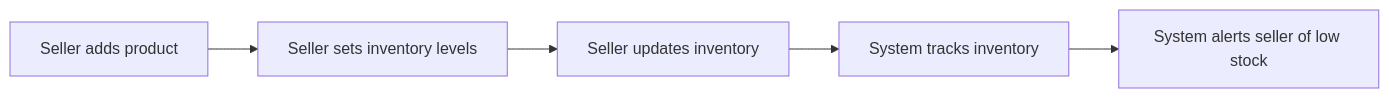
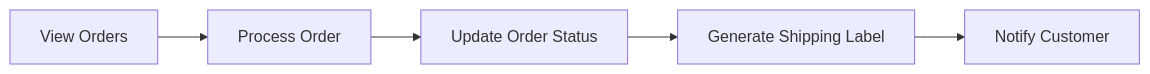
One commit to wrtnlabs/autobe-examples changed diagram 16 of 20 in mistralai/codestral-2508/shopping/docs/analysis/03-user-flows.md. Above: the diagram before and after it, drawn with Mermaid. The commit also changed other lines of this file and 7173 other files, not shown here.

````diff
--- a/mistralai/codestral-2508/shopping/docs/analysis/03-user-flows.md
+++ b/mistralai/codestral-2508/shopping/docs/analysis/03-user-flows.md
@@ -361,7 +173,7 @@
 ```mermaid
-flowchart LR
-    A["Seller adds product"] --> B["Seller sets inventory levels"]
-    B --> C["Seller updates inventory"]
-    C --> D["System tracks inventory"]
-    D --> E["System alerts seller of low stock"]
+graph LR
+    A["View Orders"] --> B["Process Order"]
+    B --> C["Update Order Status"]
+    C --> D["Generate Shipping Label"]
+    D --> E["Notify Customer"]
 ```
````
